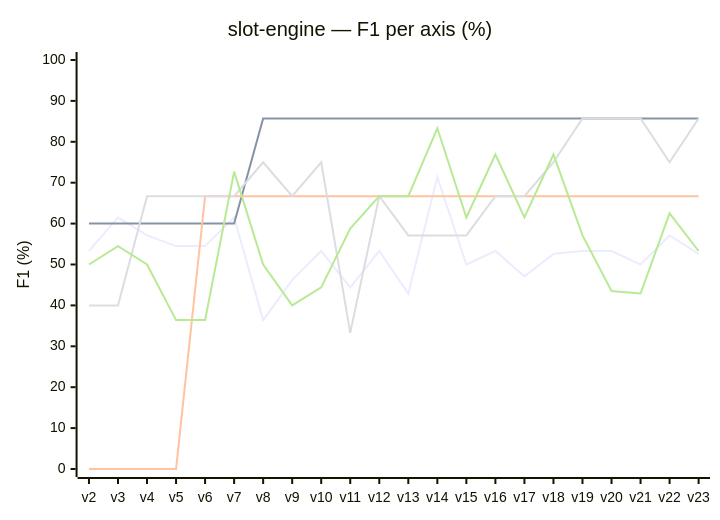
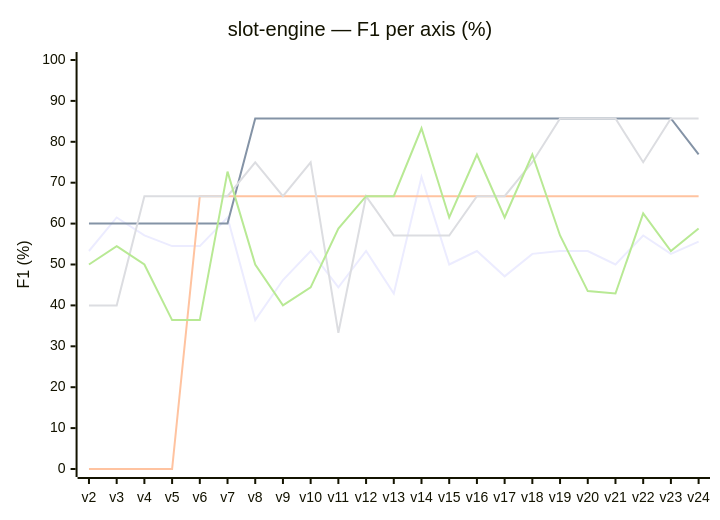
One commit to r-via/anatoly-bench changed the second of 2 diagrams in docs/02-slot-engine-results.md. Above: the diagram before and after it, drawn with Mermaid. The commit also changed other lines of this file and 34 other files, not shown here.

````diff
--- a/docs/02-slot-engine-results.md
+++ b/docs/02-slot-engine-results.md
@@ -21,11 +21,11 @@
 ```mermaid
 xychart-beta
     title "slot-engine — F1 per axis (%)"
-    x-axis [v2, v3, v4, v5, v6, v7, v8, v9, v10, v11, v12, v13, v14, v15, v16, v17, v18, v19, v20, v21, v22, v23]
+    x-axis [v2, v3, v4, v5, v6, v7, v8, v9, v10, v11, v12, v13, v14, v15, v16, v17, v18, v19, v20, v21, v22, v23, v24]
     y-axis "F1 (%)" 0 --> 100
-    line "correction" [53.3, 61.5, 57.1, 54.5, 54.5, 61.5, 36.4, 46.2, 53.3, 44.4, 53.3, 42.9, 71.4, 50.0, 53.3, 47.1, 52.6, 53.3, 53.3, 50.0, 57.1, 52.6]
-    line "utility" [60.0, 60.0, 60.0, 60.0, 60.0, 60.0, 85.7, 85.7, 85.7, 85.7, 85.7, 85.7, 85.7, 85.7, 85.7, 85.7, 85.7, 85.7, 85.7, 85.7, 85.7, 85.7]
-    line "duplication" [0.0, 0.0, 0.0, 0.0, 66.7, 66.7, 66.7, 66.7, 66.7, 66.7, 66.7, 66.7, 66.7, 66.7, 66.7, 66.7, 66.7, 66.7, 66.7, 66.7, 66.7, 66.7]
-    line "overengineering" [40.0, 40.0, 66.7, 66.7, 66.7, 66.7, 75.0, 66.7, 75.0, 33.3, 66.7, 57.1, 57.1, 57.1, 66.7, 66.7, 75.0, 85.7, 85.7, 85.7, 75.0, 85.7]
-    line "best-practices" [50.0, 54.5, 50.0, 36.4, 36.4, 72.7, 50.0, 40.0, 44.4, 58.8, 66.7, 66.7, 83.3, 61.5, 76.9, 61.5, 76.9, 57.1, 43.5, 42.9, 62.5, 53.3]
+    line "correction" [53.3, 61.5, 57.1, 54.5, 54.5, 61.5, 36.4, 46.2, 53.3, 44.4, 53.3, 42.9, 71.4, 50.0, 53.3, 47.1, 52.6, 53.3, 53.3, 50.0, 57.1, 52.6, 55.6]
+    line "utility" [60.0, 60.0, 60.0, 60.0, 60.0, 60.0, 85.7, 85.7, 85.7, 85.7, 85.7, 85.7, 85.7, 85.7, 85.7, 85.7, 85.7, 85.7, 85.7, 85.7, 85.7, 85.7, 76.9]
+    line "duplication" [0.0, 0.0, 0.0, 0.0, 66.7, 66.7, 66.7, 66.7, 66.7, 66.7, 66.7, 66.7, 66.7, 66.7, 66.7, 66.7, 66.7, 66.7, 66.7, 66.7, 66.7, 66.7, 66.7]
+    line "overengineering" [40.0, 40.0, 66.7, 66.7, 66.7, 66.7, 75.0, 66.7, 75.0, 33.3, 66.7, 57.1, 57.1, 57.1, 66.7, 66.7, 75.0, 85.7, 85.7, 85.7, 75.0, 85.7, 85.7]
+    line "best-practices" [50.0, 54.5, 50.0, 36.4, 36.4, 72.7, 50.0, 40.0, 44.4, 58.8, 66.7, 66.7, 83.3, 61.5, 76.9, 61.5, 76.9, 57.1, 43.5, 42.9, 62.5, 53.3, 58.8]
 ```
````
